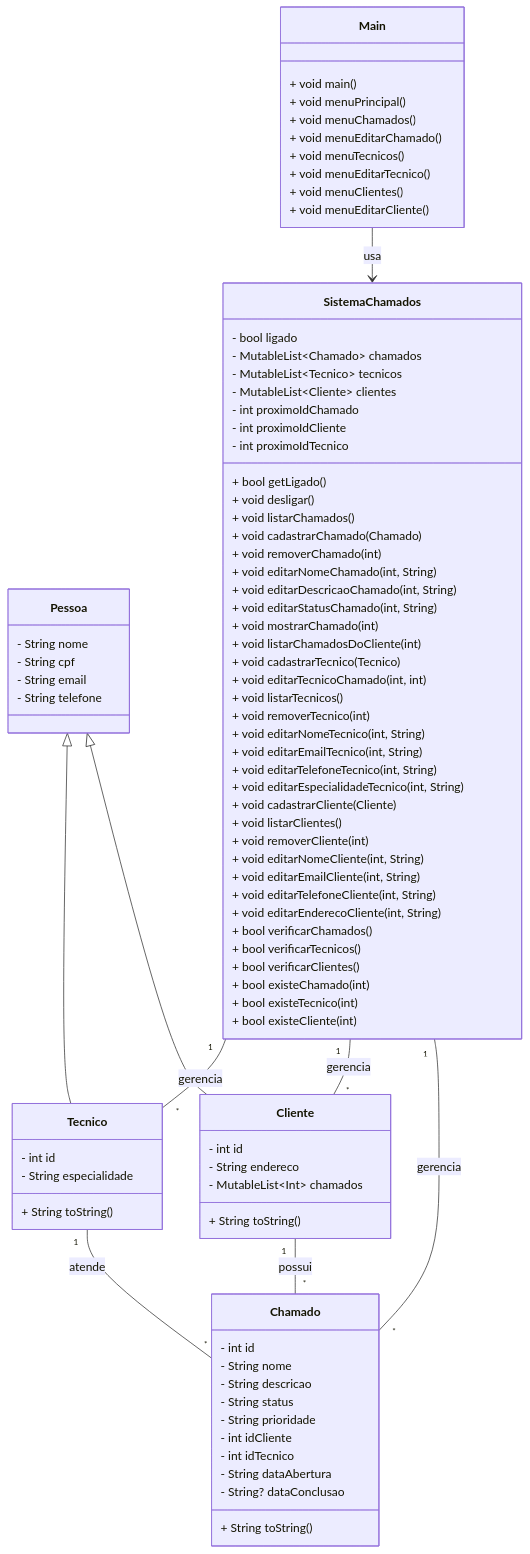
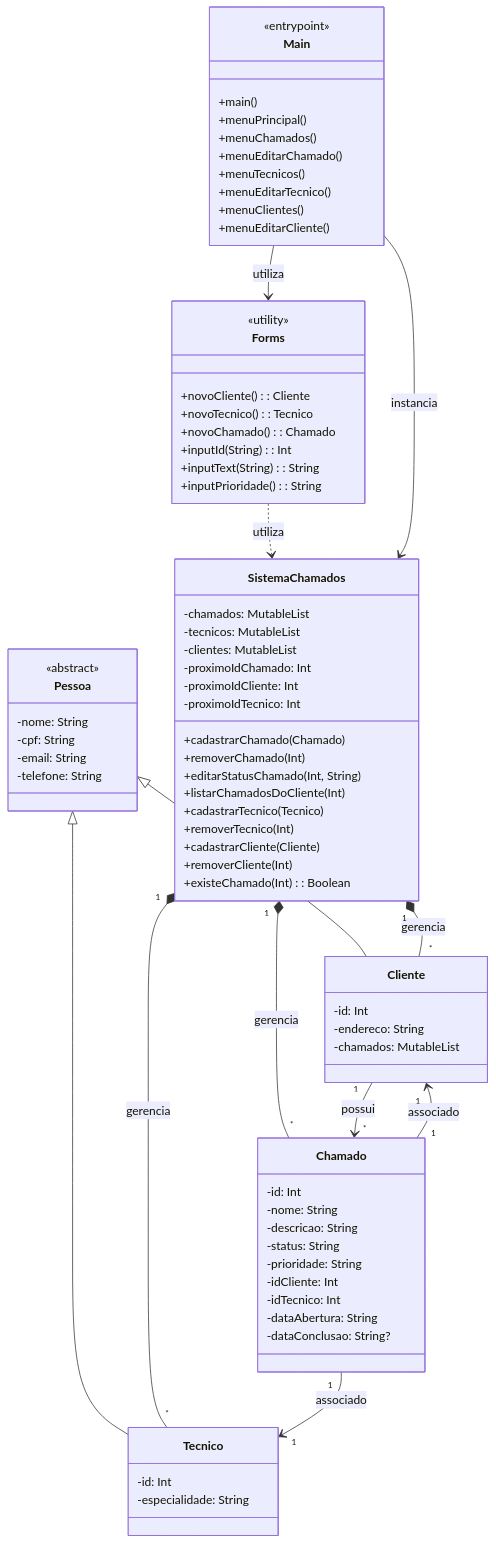
Before and after one commit to marioluizguimaraes/Sistema-de-Controle-de-Chamados-Tecnicos: the diagram in README.md, drawn with Mermaid.

````diff
--- a/README.md
+++ b/README.md
@@ -113,96 +113,85 @@
 ```mermaid
 classDiagram
     class Pessoa {
-        - String nome
-        - String cpf
-        - String email
-        - String telefone
+        <<abstract>>
+        -nome: String
+        -cpf: String
+        -email: String
+        -telefone: String
+    }
+
+    class Tecnico {
+        -id: Int
+        -especialidade: String
     }
 
     class Cliente {
-        - int id
-        - String endereco
-        - MutableList~Int~ chamados
-        + String toString()
-    }
-
-    class Tecnico {
-        - int id
-        - String especialidade
-        + String toString()
+        -id: Int
+        -endereco: String
+        -chamados: MutableList<Int>
     }
 
     class Chamado {
-        - int id
-        - String nome
-        - String descricao
-        - String status
-        - String prioridade
-        - int idCliente
-        - int idTecnico
-        - String dataAbertura
-        - String? dataConclusao
-        + String toString()
+        -id: Int
+        -nome: String
+        -descricao: String
+        -status: String
+        -prioridade: String
+        -idCliente: Int
+        -idTecnico: Int
+        -dataAbertura: String
+        -dataConclusao: String?
     }
 
     class SistemaChamados {
-        - bool ligado
-        - MutableList~Chamado~ chamados
-        - MutableList~Tecnico~ tecnicos
-        - MutableList~Cliente~ clientes
-        - int proximoIdChamado
-        - int proximoIdCliente
-        - int proximoIdTecnico
-        + bool getLigado()
-        + void desligar()
-        + void listarChamados()
-        + void cadastrarChamado(Chamado)
-        + void removerChamado(int)
-        + void editarNomeChamado(int, String)
-        + void editarDescricaoChamado(int, String)
-        + void editarStatusChamado(int, String)
-        + void mostrarChamado(int)
-        + void listarChamadosDoCliente(int)
-        + void cadastrarTecnico(Tecnico)
-        + void editarTecnicoChamado(int, int)
-        + void listarTecnicos()
-        + void removerTecnico(int)
-        + void editarNomeTecnico(int, String)
-        + void editarEmailTecnico(int, String)
-        + void editarTelefoneTecnico(int, String)
-        + void editarEspecialidadeTecnico(int, String)
-        + void cadastrarCliente(Cliente)
-        + void listarClientes()
-        + void removerCliente(int)
-        + void editarNomeCliente(int, String)
-        + void editarEmailCliente(int, String)
-        + void editarTelefoneCliente(int, String)
-        + void editarEnderecoCliente(int, String)
-        + bool verificarChamados()
-        + bool verificarTecnicos()
-        + bool verificarClientes()
-        + bool existeChamado(int)
-        + bool existeTecnico(int)
-        + bool existeCliente(int)
+        -chamados: MutableList<Chamado>
+        -tecnicos: MutableList<Tecnico>
+        -clientes: MutableList<Cliente>
+        -proximoIdChamado: Int
+        -proximoIdCliente: Int
+        -proximoIdTecnico: Int
+        +cadastrarChamado(Chamado)
+        +removerChamado(Int)
+        +editarStatusChamado(Int, String)
+        +listarChamadosDoCliente(Int)
+        +cadastrarTecnico(Tecnico)
+        +removerTecnico(Int)
+        +cadastrarCliente(Cliente)
+        +removerCliente(Int)
+        +existeChamado(Int): Boolean
+    }
+
+    class Forms {
+        <<utility>>
+        +novoCliente(): Cliente
+        +novoTecnico(): Tecnico
+        +novoChamado(): Chamado
+        +inputId(String): Int
+        +inputText(String): String
+        +inputPrioridade(): String
     }
 
     class Main {
-        + void main()
-        + void menuPrincipal()
-        + void menuChamados()
-        + void menuEditarChamado()
-        + void menuTecnicos()
-        + void menuEditarTecnico()
-        + void menuClientes()
-        + void menuEditarCliente()
+        <<entrypoint>>
+        +main()
+        +menuPrincipal()
+        +menuChamados()
+        +menuEditarChamado()
+        +menuTecnicos()
+        +menuEditarTecnico()
+        +menuClientes()
+        +menuEditarCliente()
     }
 
+    Pessoa <|-- Tecnico
     Pessoa <|-- Cliente
-    Pessoa <|-- Tecnico
-    SistemaChamados "1" -- "*" Chamado : gerencia
-    SistemaChamados "1" -- "*" Cliente : gerencia
-    SistemaChamados "1" -- "*" Tecnico : gerencia
-    Cliente "1" -- "*" Chamado : possui
-    Tecnico "1" -- "*" Chamado : atende
-    Main --> SistemaChamados : usa
+    SistemaChamados "1" *-- "*" Chamado: gerencia
+    SistemaChamados "1" *-- "*" Tecnico: gerencia
+    SistemaChamados "1" *-- "*" Cliente: gerencia
+    Cliente "1" --> "*" Chamado: possui
+    Chamado "1" --> "1" Cliente: associado
+    Chamado "1" --> "1" Tecnico: associado
+    Forms ..> SistemaChamados: utiliza
+    Main --> SistemaChamados: instancia
+    Main --> Forms: utiliza
 ```
````
